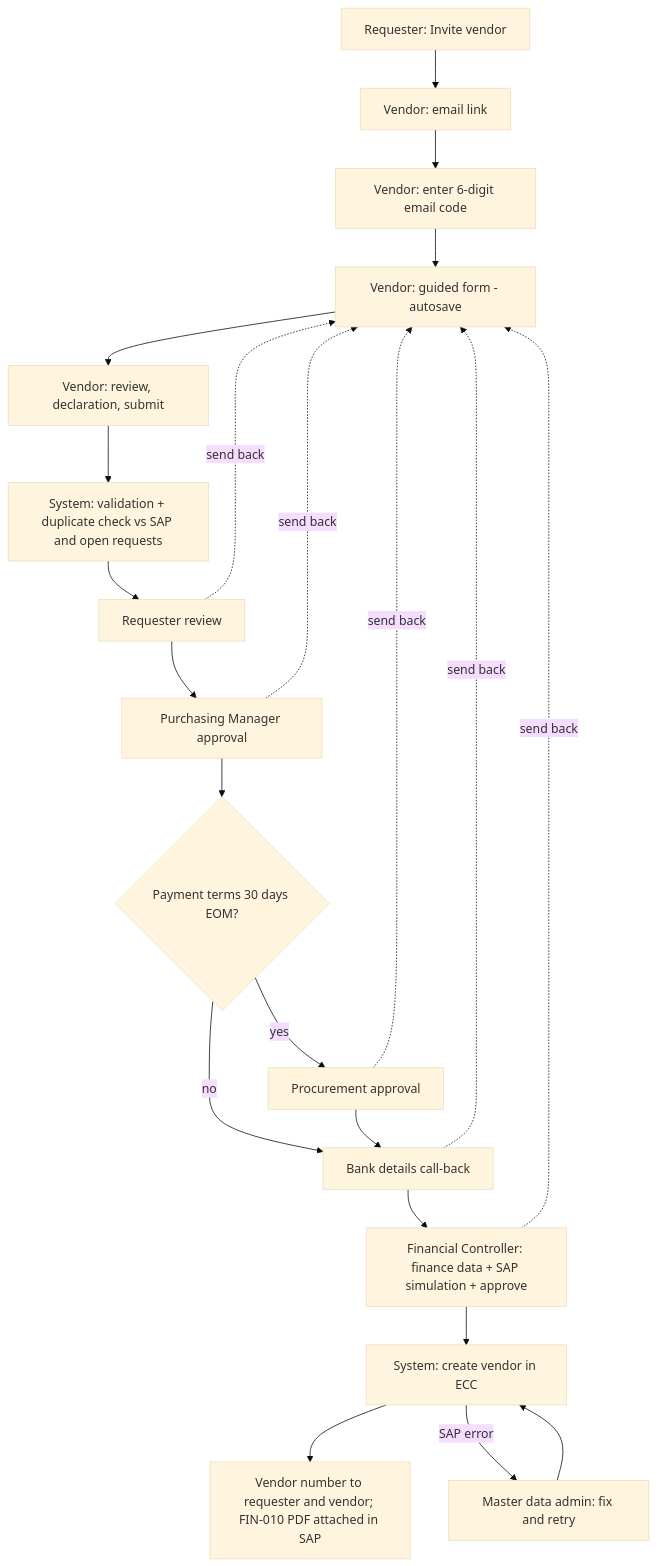
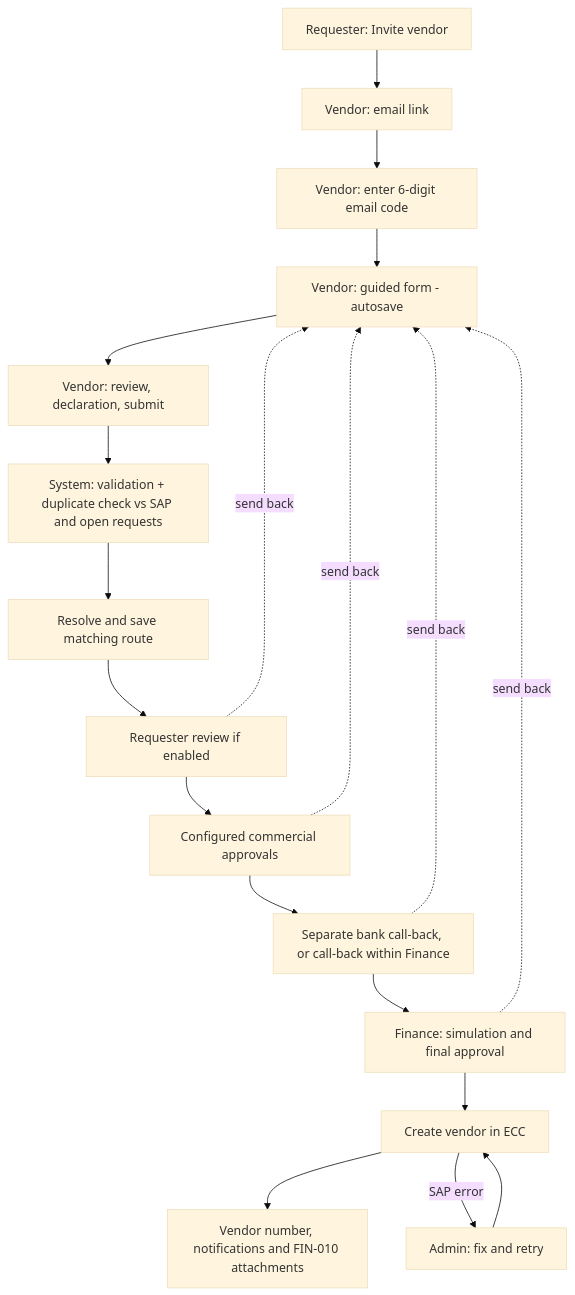
Before and after one commit to amahesh83/jones-vendor-onboarding: the second of 2 diagrams in docs/01-solution-design.md, drawn with Mermaid (base theme). The commit also changed other lines of this file and 71 other files, not shown here.

````diff
--- a/docs/01-solution-design.md
+++ b/docs/01-solution-design.md
@@ -140,24 +140,21 @@
 ```mermaid
 flowchart TD
   A["Requester: Invite vendor"] --> B["Vendor: email link"]
   B --> C["Vendor: enter 6-digit email code"]
   C --> D["Vendor: guided form - autosave"]
   D --> E["Vendor: review, declaration, submit"]
   E --> F["System: validation + duplicate check vs SAP and open requests"]
-  F --> G["Requester review"]
-  G --> H["Purchasing Manager approval"]
-  H --> I{"Payment terms 30 days EOM?"}
-  I -- yes --> J["Procurement approval"]
-  I -- no --> K["Bank details call-back"]
-  J --> K
-  K --> L["Financial Controller: finance data + SAP simulation + approve"]
-  L --> M["System: create vendor in ECC"]
-  M --> N["Vendor number to requester and vendor; FIN-010 PDF attached in SAP"]
-  M -- "SAP error" --> X["Master data admin: fix and retry"]
+  F --> G["Resolve and save matching route"]
+  G --> H["Requester review if enabled"]
+  H --> J["Configured commercial approvals"]
+  J --> K["Separate bank call-back, or call-back within Finance"]
+  K --> L["Finance: simulation and final approval"]
+  L --> M["Create vendor in ECC"]
+  M --> N["Vendor number, notifications and FIN-010 attachments"]
+  M -- "SAP error" --> X["Admin: fix and retry"]
   X --> M
-  G -. "send back" .-> D
   H -. "send back" .-> D
   J -. "send back" .-> D
   K -. "send back" .-> D
   L -. "send back" .-> D
 ```
````
